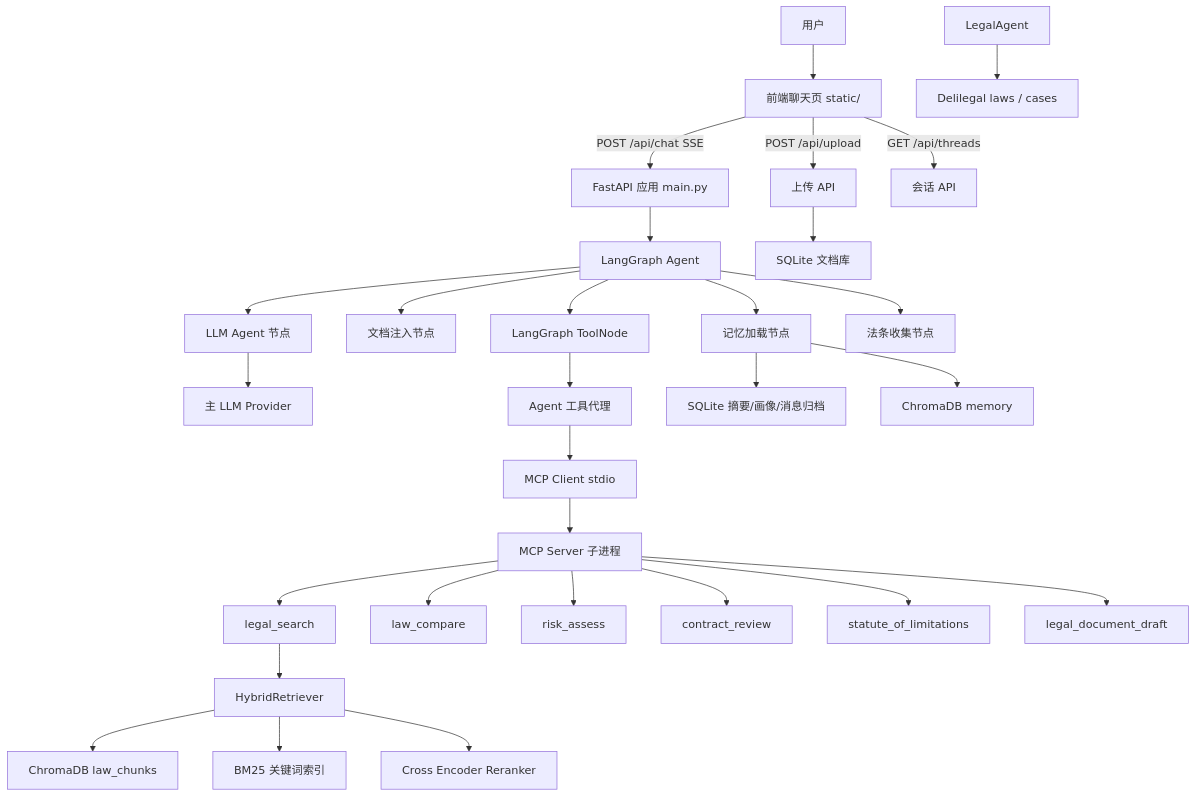
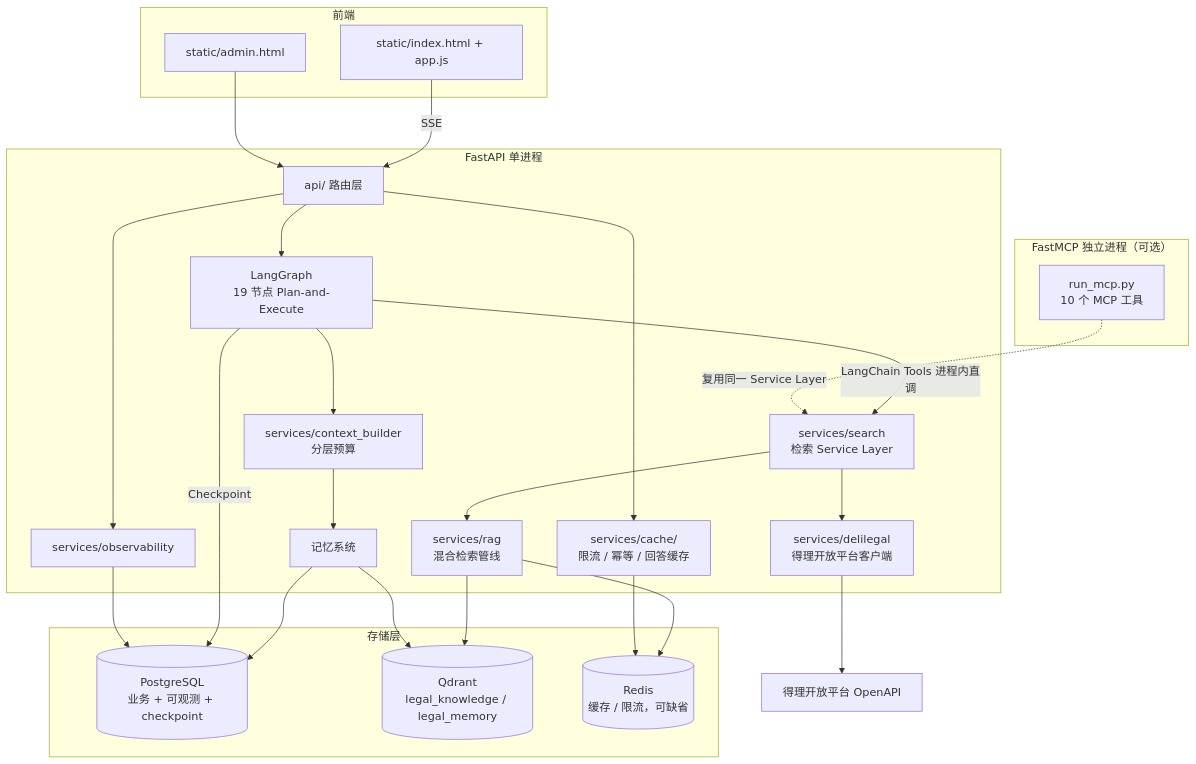
The first of 6 diagrams in docs/report/project-report.md (uuo00n/lexcore-legal-agent), drawn with Mermaid before and after one commit. The commit also changed other lines of this file and 28 other files, not shown here.

````diff
--- a/docs/report/project-report.md
+++ b/docs/report/project-report.md
@@ -192,36 +117,49 @@
 ```mermaid
-flowchart TB
-  User["用户"] --> Browser["前端聊天页 static/"]
-  Browser -->|POST /api/chat SSE| FastAPI["FastAPI 应用 main.py"]
-  Browser -->|POST /api/upload| UploadAPI["上传 API"]
-  Browser -->|GET /api/threads| ThreadAPI["会话 API"]
+graph TB
+    subgraph Client["前端"]
+        UI["static/index.html + app.js"]
+        ADMIN["static/admin.html"]
+    end
 
-  FastAPI --> Graph["LangGraph Agent"]
-  Graph --> MemoryNode["记忆加载节点"]
-  Graph --> DocNode["文档注入节点"]
-  Graph --> AgentNode["LLM Agent 节点"]
-  Graph --> ToolNode["LangGraph ToolNode"]
-  Graph --> CollectLaws["法条收集节点"]
+    subgraph Server["FastAPI 单进程"]
+        API["api/ 路由层"]
+        CACHE["services/cache/<br/>限流 / 幂等 / 回答缓存"]
+        LG["LangGraph<br/>19 节点 Plan-and-Execute"]
+        CTX["services/context_builder<br/>分层预算"]
+        MEM["记忆系统"]
+        SEARCH["services/search<br/>检索 Service Layer"]
+        RAG["services/rag<br/>混合检索管线"]
+        DELI["services/delilegal<br/>得理开放平台客户端"]
+        OBS["services/observability"]
+    end
 
-  AgentNode --> LLM["主 LLM Provider"]
-  ToolNode --> AgentTools["Agent 工具代理"]
-  AgentTools --> MCPClient["MCP Client stdio"]
-  MCPClient --> MCPServer["MCP Server 子进程"]
+    subgraph MCPProc["FastMCP 独立进程（可选）"]
+        MCPS["run_mcp.py<br/>10 个 MCP 工具"]
+    end
 
-  MCPServer --> LegalSearch["legal_search"]
-  MCPServer --> Compare["law_compare"]
-  MCPServer --> Risk["risk_assess"]
-  MCPServer --> Review["contract_review"]
-  MCPServer --> Limitations["statute_of_limitations"]
-  MCPServer --> Draft["legal_document_draft"]
-  LegalAgent --> Delilegal["Delilegal laws / cases"]
+    subgraph Storage["存储层"]
+        PG[("PostgreSQL<br/>业务 + 可观测 + checkpoint")]
+        QDRANT[("Qdrant<br/>legal_knowledge / legal_memory")]
+        REDIS[("Redis<br/>缓存 / 限流，可缺省")]
+    end
 
-  LegalSearch --> Retriever["HybridRetriever"]
-  Retriever --> VectorDB["ChromaDB law_chunks"]
-  Retriever --> BM25["BM25 关键词索引"]
-  Retriever --> Reranker["Cross Encoder Reranker"]
-
-  MemoryNode --> MemorySQLite["SQLite 摘要/画像/消息归档"]
-  MemoryNode --> MemoryVector["ChromaDB memory"]
-  UploadAPI --> DocStore["SQLite 文档库"]
+    UI -->|SSE| API
+    ADMIN --> API
+    API --> CACHE
+    API --> LG
+    API --> OBS
+    LG --> CTX
+    CTX --> MEM
+    LG -->|LangChain Tools 进程内直调| SEARCH
+    SEARCH --> RAG
+    SEARCH --> DELI
+    DELI --> OPENAPI["得理开放平台 OpenAPI"]
+    RAG --> QDRANT
+    RAG --> REDIS
+    MEM --> QDRANT
+    MEM --> PG
+    LG -->|Checkpoint| PG
+    OBS --> PG
+    CACHE --> REDIS
+    MCPS -.->|复用同一 Service Layer| SEARCH
 ```
````
